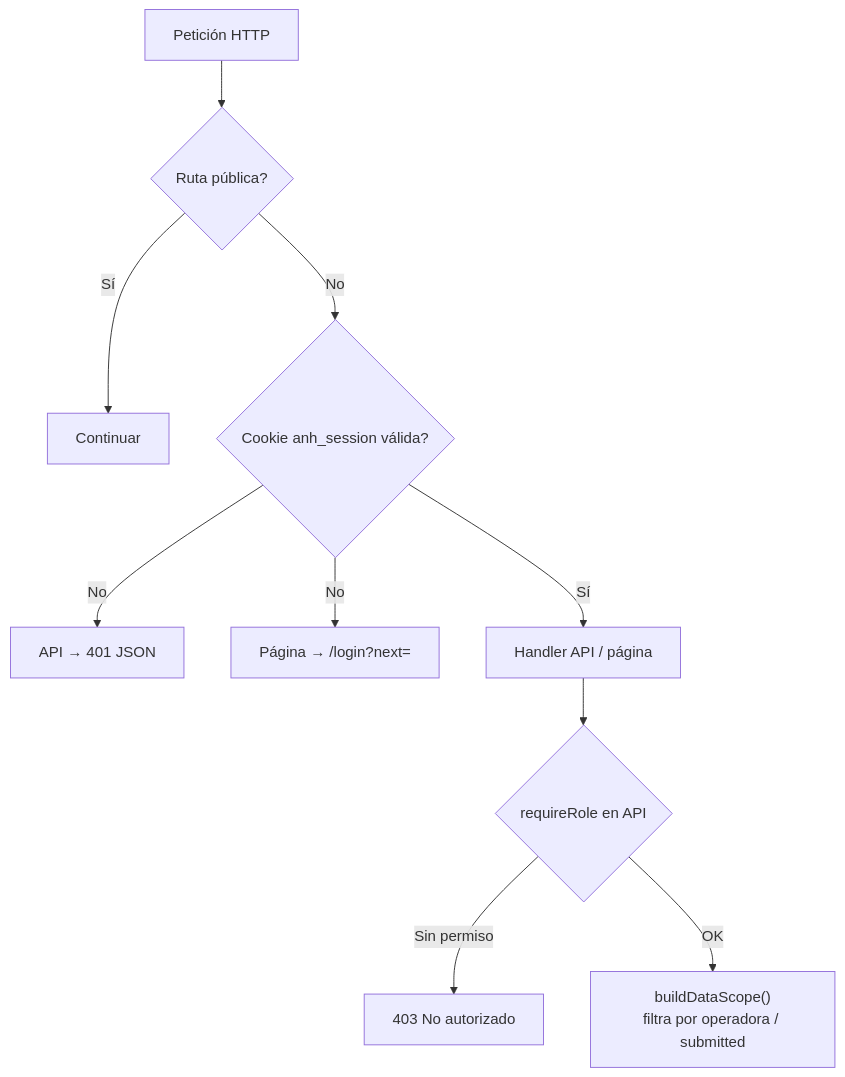
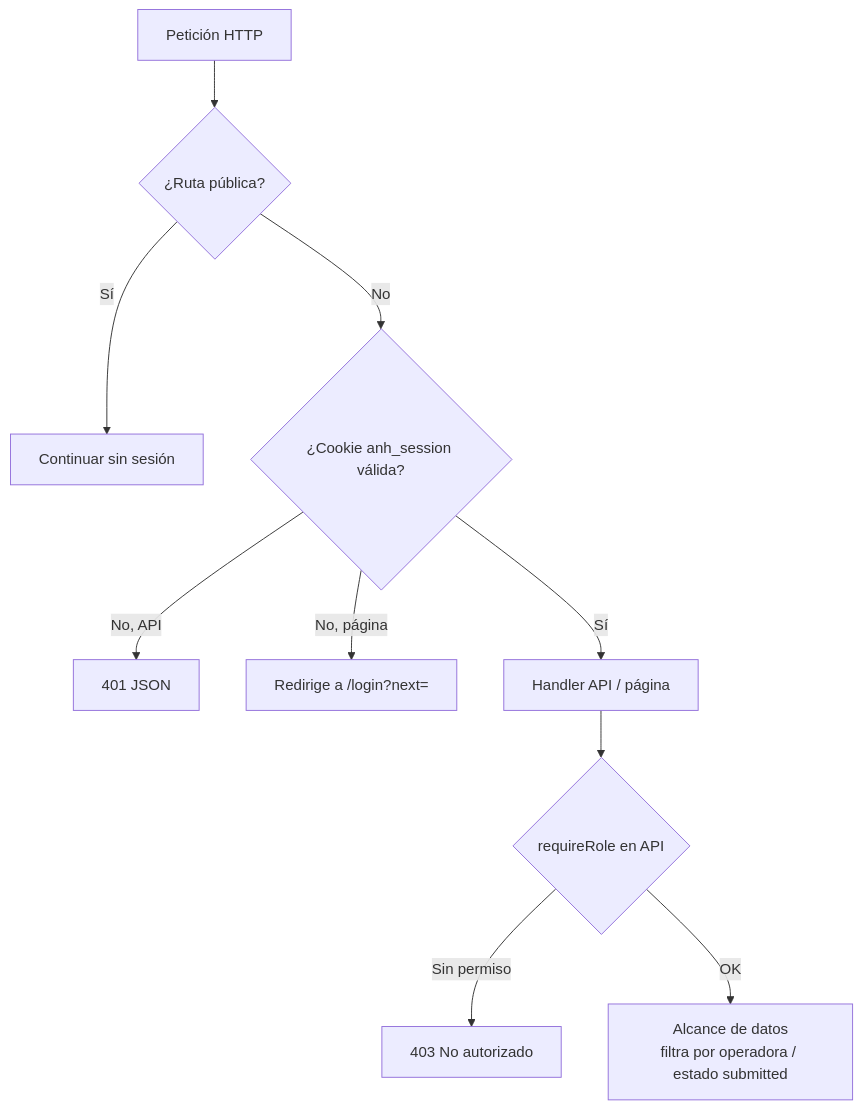
Before and after one commit to PhDRedondo/Inventario-de-pozos: the eighth of 10 diagrams in README.md, drawn with Mermaid. The commit also changed other lines of this file and 3 other files, not shown here.

First line of the commit message:
Overhaul README and scope architecture/security docs to admin

````diff
--- a/README.md
+++ b/README.md
@@ -238,12 +355,12 @@
 ```mermaid
 flowchart TD
-  REQ["Petición HTTP"] --> PUB{Ruta pública?}
-  PUB -->|Sí| OK["Continuar"]
-  PUB -->|No| COOKIE{Cookie anh_session válida?}
-  COOKIE -->|No| API401["API → 401 JSON"]
-  COOKIE -->|No| REDIR["Página → /login?next="]
+  REQ["Petición HTTP"] --> PUB{"¿Ruta pública?"}
+  PUB -->|Sí| OK["Continuar sin sesión"]
+  PUB -->|No| COOKIE{"¿Cookie anh_session válida?"}
+  COOKIE -->|No, API| API401["401 JSON"]
+  COOKIE -->|No, página| REDIR["Redirige a /login?next="]
   COOKIE -->|Sí| HANDLER["Handler API / página"]
-  HANDLER --> ROLE{requireRole en API}
+  HANDLER --> ROLE{"requireRole en API"}
   ROLE -->|Sin permiso| DENY["403 No autorizado"]
-  ROLE -->|OK| SCOPE["buildDataScope()<br/>filtra por operadora / submitted"]
+  ROLE -->|OK| SCOPE["Alcance de datos<br/>filtra por operadora / estado submitted"]
 ```
````
